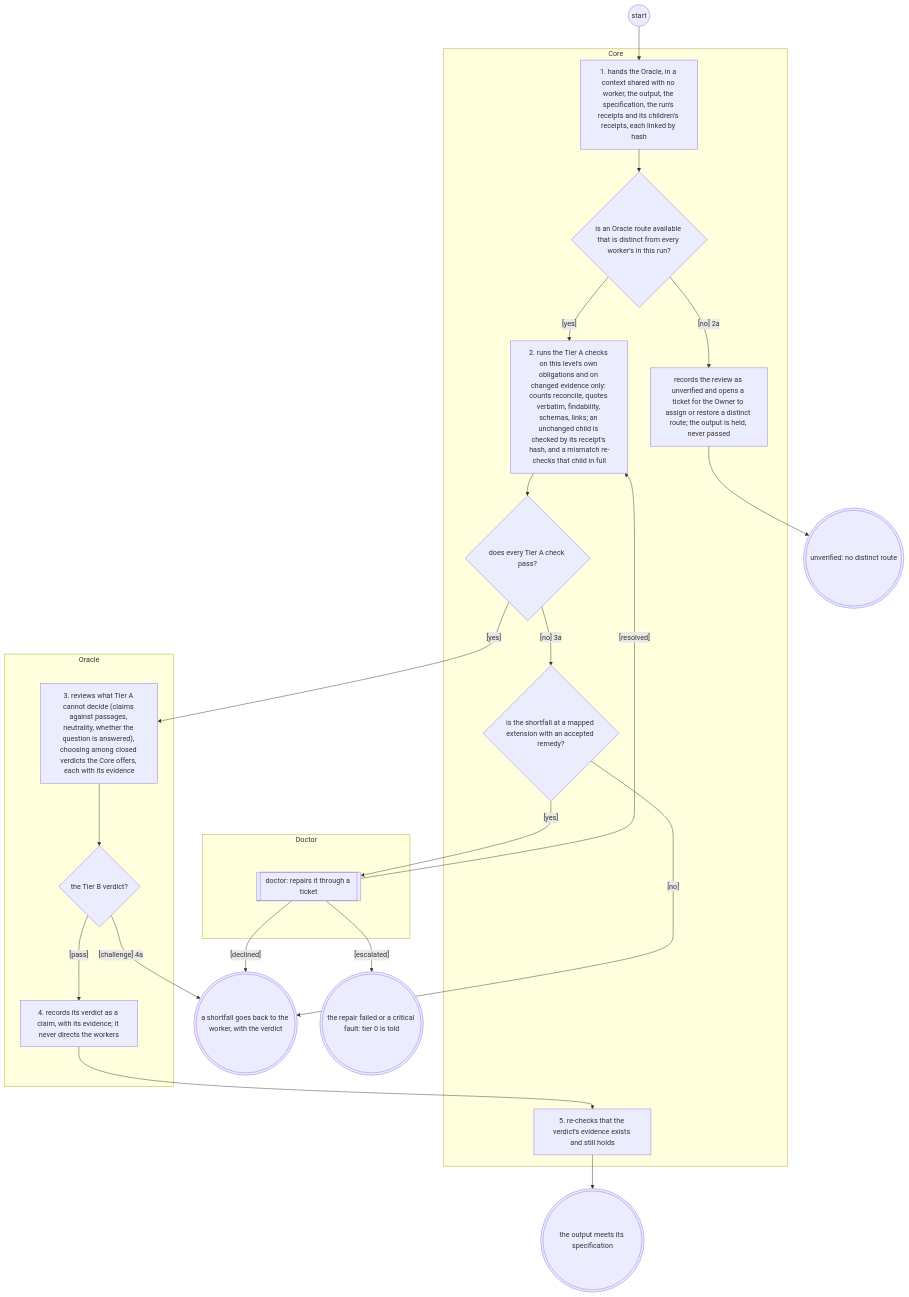
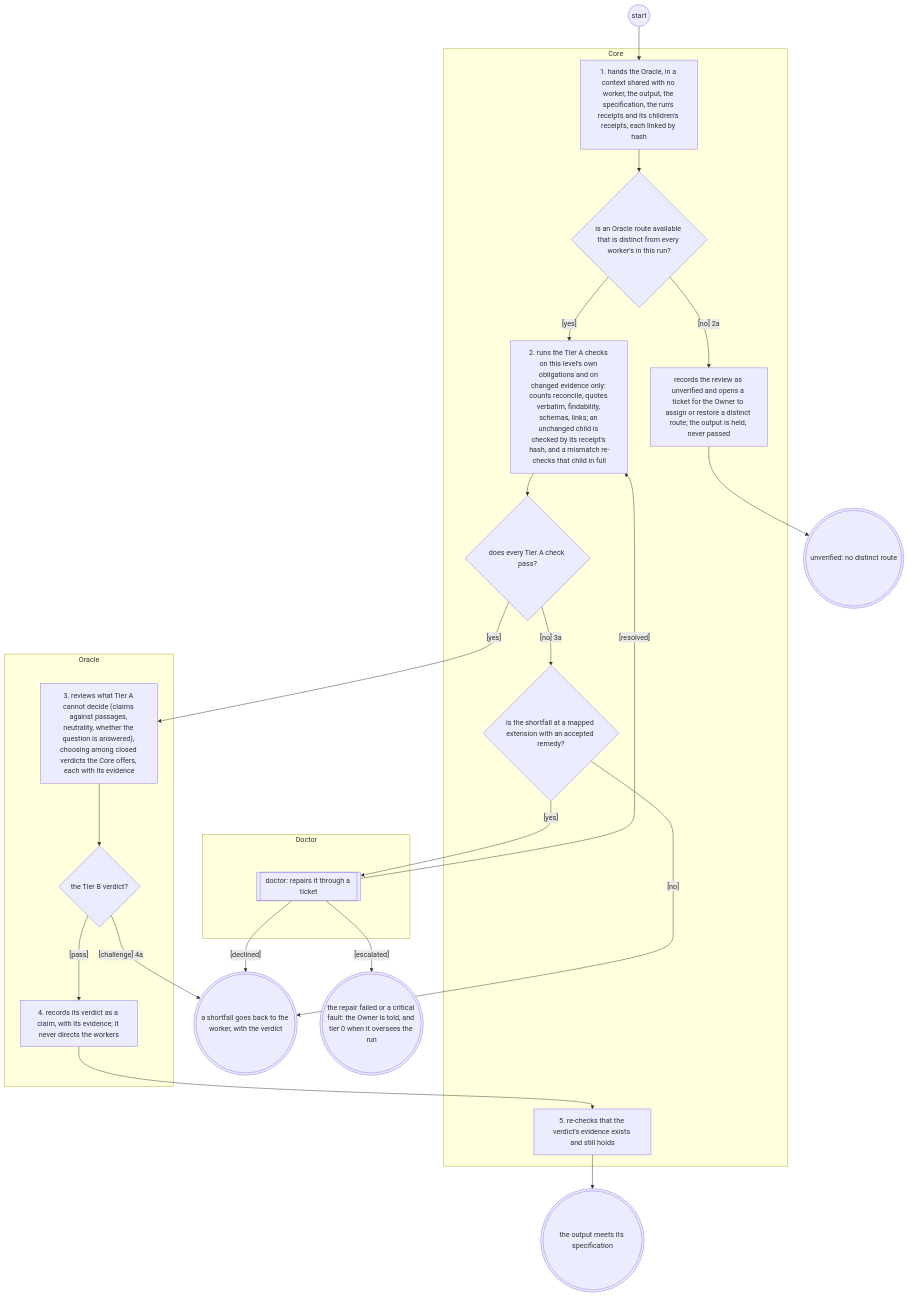
The diagram in reports/2026-11-25-systems-analysis-finalisation/librarian/to-be/views/oracle.views.md (Jake36999/Librarian_V2), drawn with Mermaid before and after one commit. The commit also changed other lines of this file and 28 other files, not shown here.

````diff
--- a/reports/2026-11-25-systems-analysis-finalisation/librarian/to-be/views/oracle.views.md
+++ b/reports/2026-11-25-systems-analysis-finalisation/librarian/to-be/views/oracle.views.md
@@ -55,44 +55,44 @@
 ```mermaid
 flowchart TD
   subgraph Core["Core"]
     handin["1. hands the Oracle, in a context shared with no worker, the output, the specification, the run's receipts and its children's receipts, each linked by hash"]
     droute{"is an Oracle route available that is distinct from every worker's in this run?"}
     collision["records the review as unverified and opens a ticket for the Owner to assign or restore a distinct route; the output is held, never passed"]
     tiera["2. runs the Tier A checks on this level's own obligations and on changed evidence only: counts reconcile, quotes verbatim, findability, schemas, links; an unchanged child is checked by its receipt's hash, and a mismatch re-checks that child in full"]
     dtiera{"does every Tier A check pass?"}
     dmapped{"is the shortfall at a mapped extension with an accepted remedy?"}
     recheck["5. re-checks that the verdict's evidence exists and still holds"]
   end
   subgraph Oracle["Oracle"]
     tierb["3. reviews what Tier A cannot decide (claims against passages, neutrality, whether the question is answered), choosing among closed verdicts the Core offers, each with its evidence"]
     dtierb{"the Tier B verdict?"}
     verdict["4. records its verdict as a claim, with its evidence; it never directs the workers"]
   end
   subgraph Doctor["Doctor"]
     ref_doctor[["doctor: repairs it through a ticket"]]
   end
   s(("start"))
   e1((("the output meets its specification")))
   e_shortfall((("a shortfall goes back to the worker, with the verdict")))
   e_paused((("unverified: no distinct route")))
-  e_escalated((("the repair failed or a critical fault: tier 0 is told")))
+  e_escalated((("the repair failed or a critical fault: the Owner is told, and tier 0 when it oversees the run")))
   s --> handin
   handin --> droute
   droute -->|"[yes]"| tiera
   droute -->|"[no] 2a"| collision
   collision --> e_paused
   tiera --> dtiera
   dtiera -->|"[yes]"| tierb
   dtiera -->|"[no] 3a"| dmapped
   dmapped -->|"[yes]"| ref_doctor
   dmapped -->|"[no]"| e_shortfall
   ref_doctor -->|"[resolved]"| tiera
   ref_doctor -->|"[declined]"| e_shortfall
   ref_doctor -->|"[escalated]"| e_escalated
   tierb --> dtierb
   dtierb -->|"[pass]"| verdict
   dtierb -->|"[challenge] 4a"| e_shortfall
   verdict --> recheck
   recheck --> e1
   classDef ext stroke:#d9534f,stroke-width:2px
 ```
````
